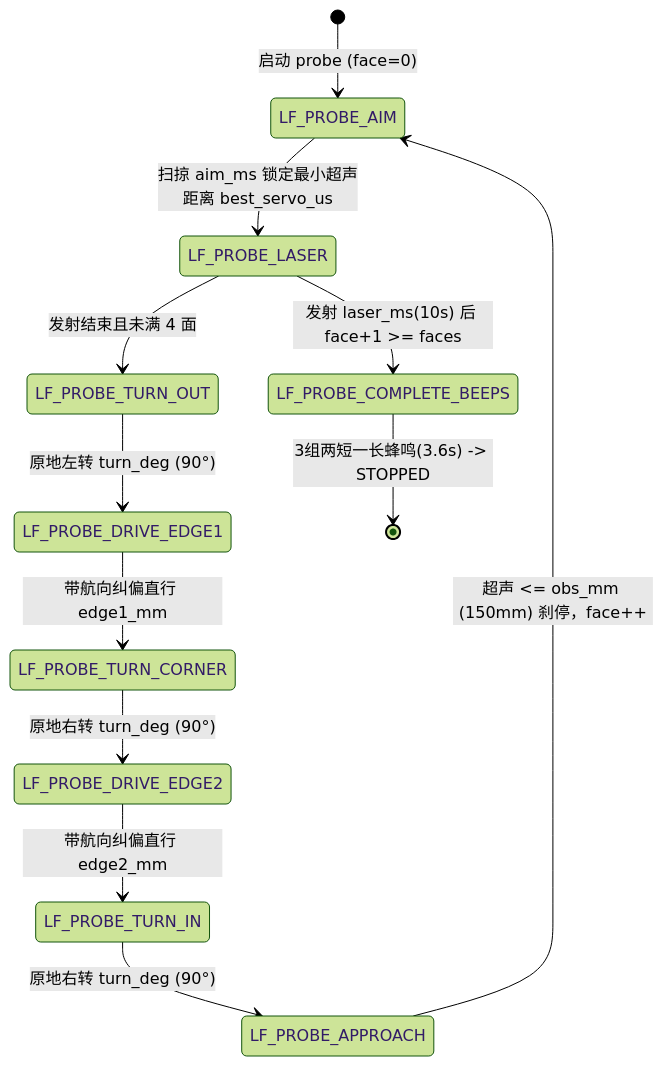
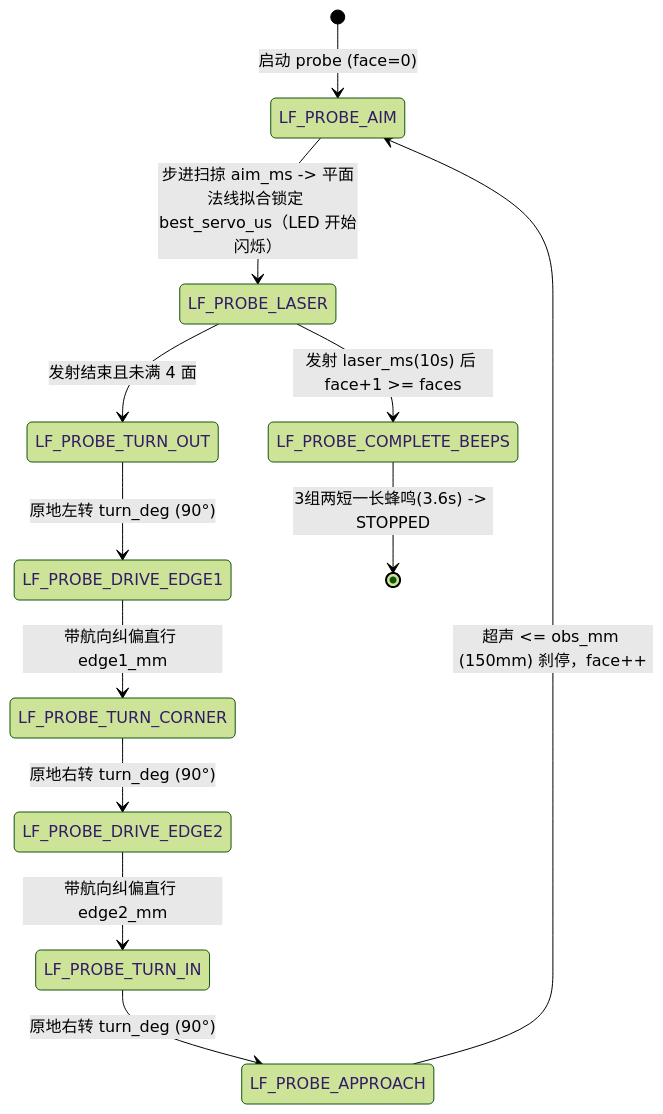
Before and after one commit to ChenCong-0710/intelligent_car: the diagram in docs/teammate-targeting-handover.md, drawn with Mermaid (forest theme). The commit also changed other lines of this file and 95 other files, not shown here.

````diff
--- a/docs/teammate-targeting-handover.md
+++ b/docs/teammate-targeting-handover.md
@@ -23,14 +24,14 @@
 ```mermaid
 stateDiagram-v2
     [*] --> LF_PROBE_AIM: 启动 probe (face=0)
-    LF_PROBE_AIM --> LF_PROBE_LASER: 扫掠 aim_ms 锁定最小超声距离 best_servo_us
+    LF_PROBE_AIM --> LF_PROBE_LASER: 步进扫掠 aim_ms -> 平面法线拟合锁定 best_servo_us（LED 开始闪烁）
     LF_PROBE_LASER --> LF_PROBE_COMPLETE_BEEPS: 发射 laser_ms(10s) 后 face+1 >= faces
     LF_PROBE_LASER --> LF_PROBE_TURN_OUT: 发射结束且未满 4 面
     LF_PROBE_TURN_OUT --> LF_PROBE_DRIVE_EDGE1: 原地左转 turn_deg (90°)
     LF_PROBE_DRIVE_EDGE1 --> LF_PROBE_TURN_CORNER: 带航向纠偏直行 edge1_mm
     LF_PROBE_TURN_CORNER --> LF_PROBE_DRIVE_EDGE2: 原地右转 turn_deg (90°)
     LF_PROBE_DRIVE_EDGE2 --> LF_PROBE_TURN_IN: 带航向纠偏直行 edge2_mm
     LF_PROBE_TURN_IN --> LF_PROBE_APPROACH: 原地右转 turn_deg (90°)
     LF_PROBE_APPROACH --> LF_PROBE_AIM: 超声 <= obs_mm (150mm) 刹停，face++
     LF_PROBE_COMPLETE_BEEPS --> [*]: 3组两短一长蜂鸣(3.6s) -> STOPPED
 ```
````
